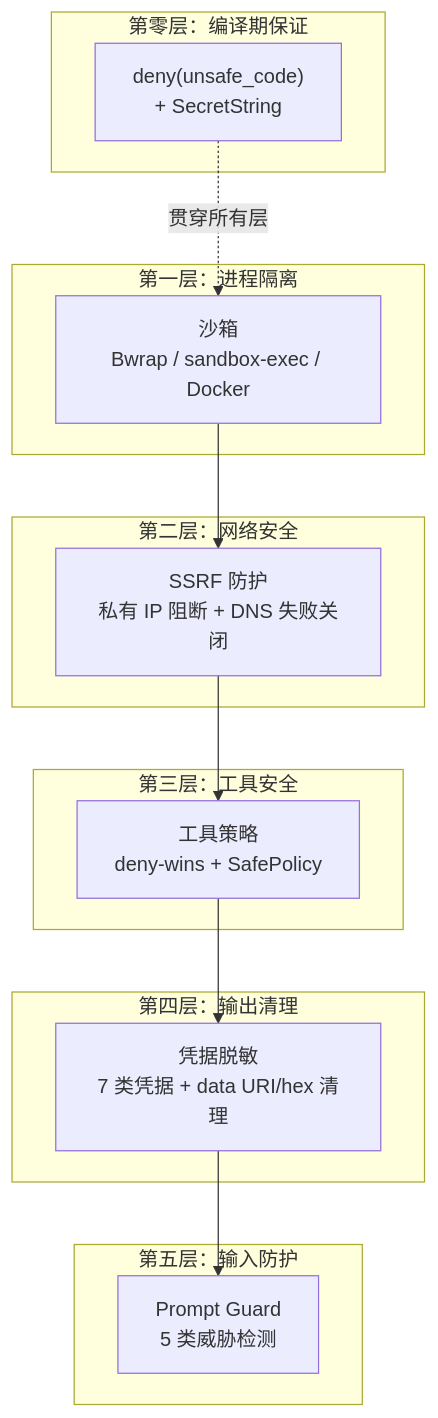
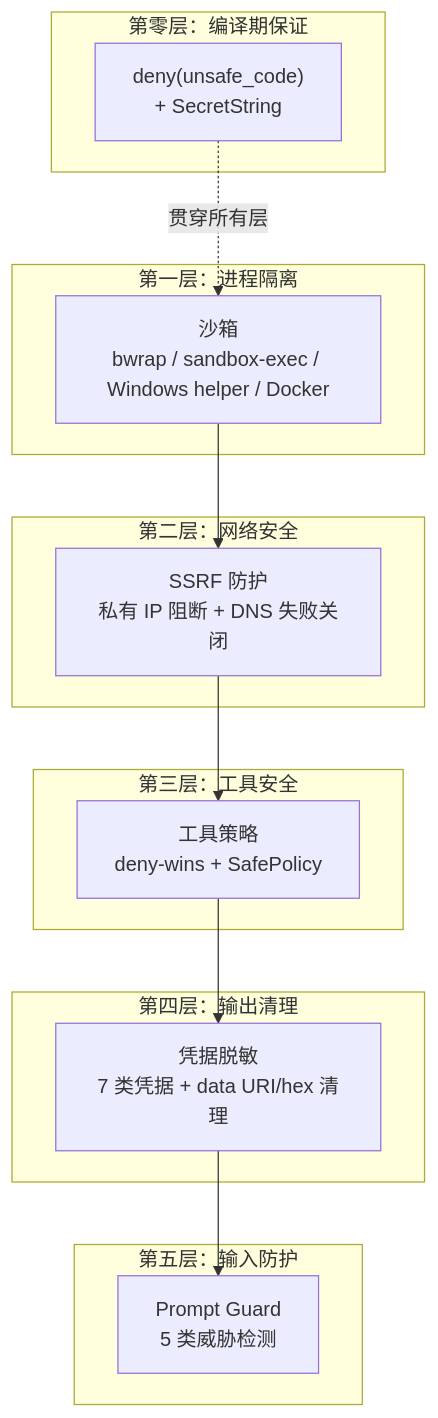
The diagram in chapters/ch07-security.md (ZhangHanDong/octos-book), drawn with Mermaid before and after one commit. The commit also changed other lines of this file and 3 other files, not shown here.

````diff
--- a/chapters/ch07-security.md
+++ b/chapters/ch07-security.md
@@ -9,24 +9,24 @@
 ```mermaid
 flowchart TB
     subgraph "第一层：进程隔离"
-        SB["沙箱<br/>Bwrap / sandbox-exec / Docker"]
+        SB["沙箱<br/>bwrap / sandbox-exec / Windows helper / Docker"]
     end
     subgraph "第二层：网络安全"
         SSRF["SSRF 防护<br/>私有 IP 阻断 + DNS 失败关闭"]
     end
     subgraph "第三层：工具安全"
         TP["工具策略<br/>deny-wins + SafePolicy"]
     end
     subgraph "第四层：输出清理"
         SAN["凭据脱敏<br/>7 类凭据 + data URI/hex 清理"]
     end
     subgraph "第五层：输入防护"
         PG["Prompt Guard<br/>5 类威胁检测"]
     end
     subgraph "第零层：编译期保证"
         UC["deny(unsafe_code)<br/>+ SecretString"]
     end
 
     SB --> SSRF --> TP --> SAN --> PG
     UC -.->|"贯穿所有层"| SB
 ```
````
